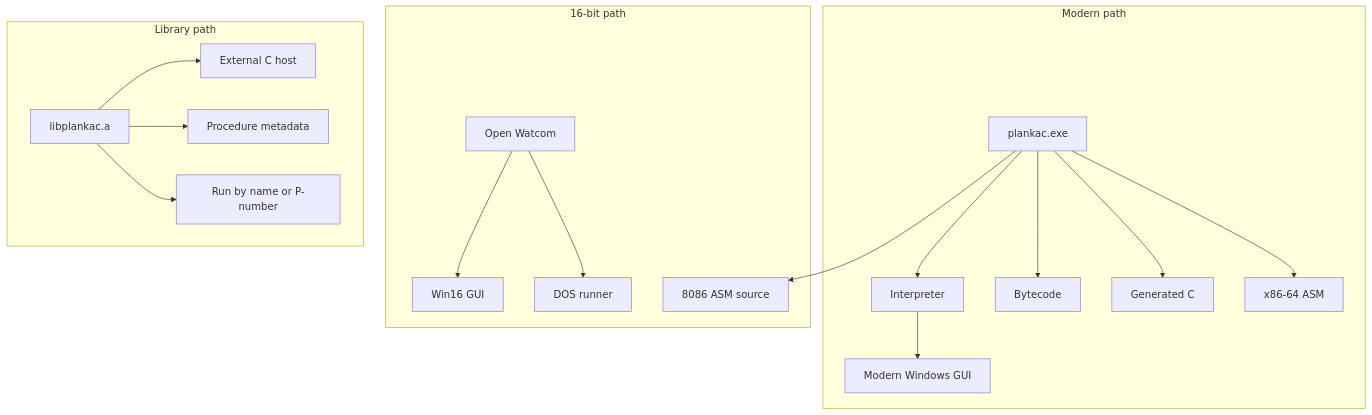
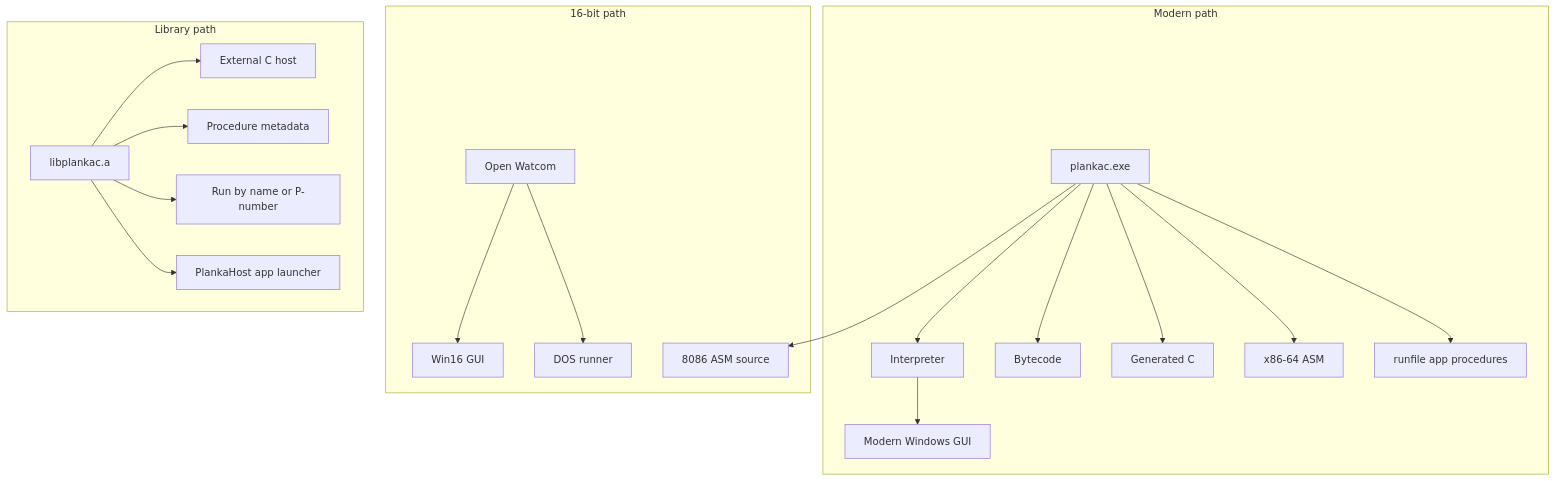
Before and after one commit to Olegie/PlankaC: the fifth of 6 diagrams in docs/infographic.md, drawn with Mermaid. The commit also changed other lines of this file and 36 other files, not shown here.

````diff
--- a/docs/infographic.md
+++ b/docs/infographic.md
@@ -120,22 +125,24 @@
 ```mermaid
 flowchart TB
     subgraph Modern["Modern path"]
         A["plankac.exe"] --> B["Interpreter"]
         A --> C["Bytecode"]
         A --> D["Generated C"]
         A --> E["x86-64 ASM"]
         B --> F["Modern Windows GUI"]
+        A --> O["runfile app procedures"]
     end
 
     subgraph SixteenBit["16-bit path"]
         G["Open Watcom"] --> H["Win16 GUI"]
         G --> I["DOS runner"]
         A --> J["8086 ASM source"]
     end
 
     subgraph Library["Library path"]
         K["libplankac.a"] --> L["External C host"]
         K --> M["Procedure metadata"]
         K --> N["Run by name or P-number"]
+        K --> P["PlankaHost app launcher"]
     end
 ```
````
